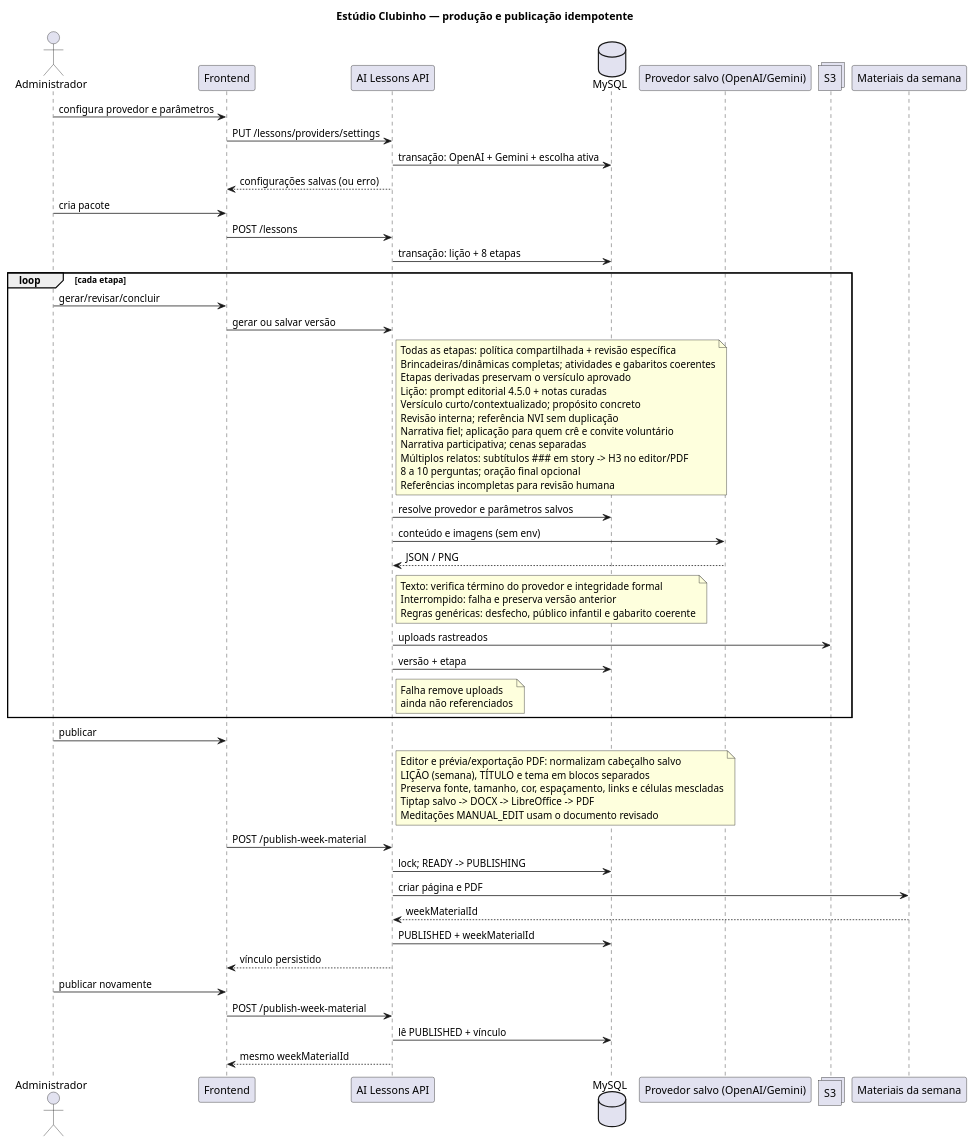
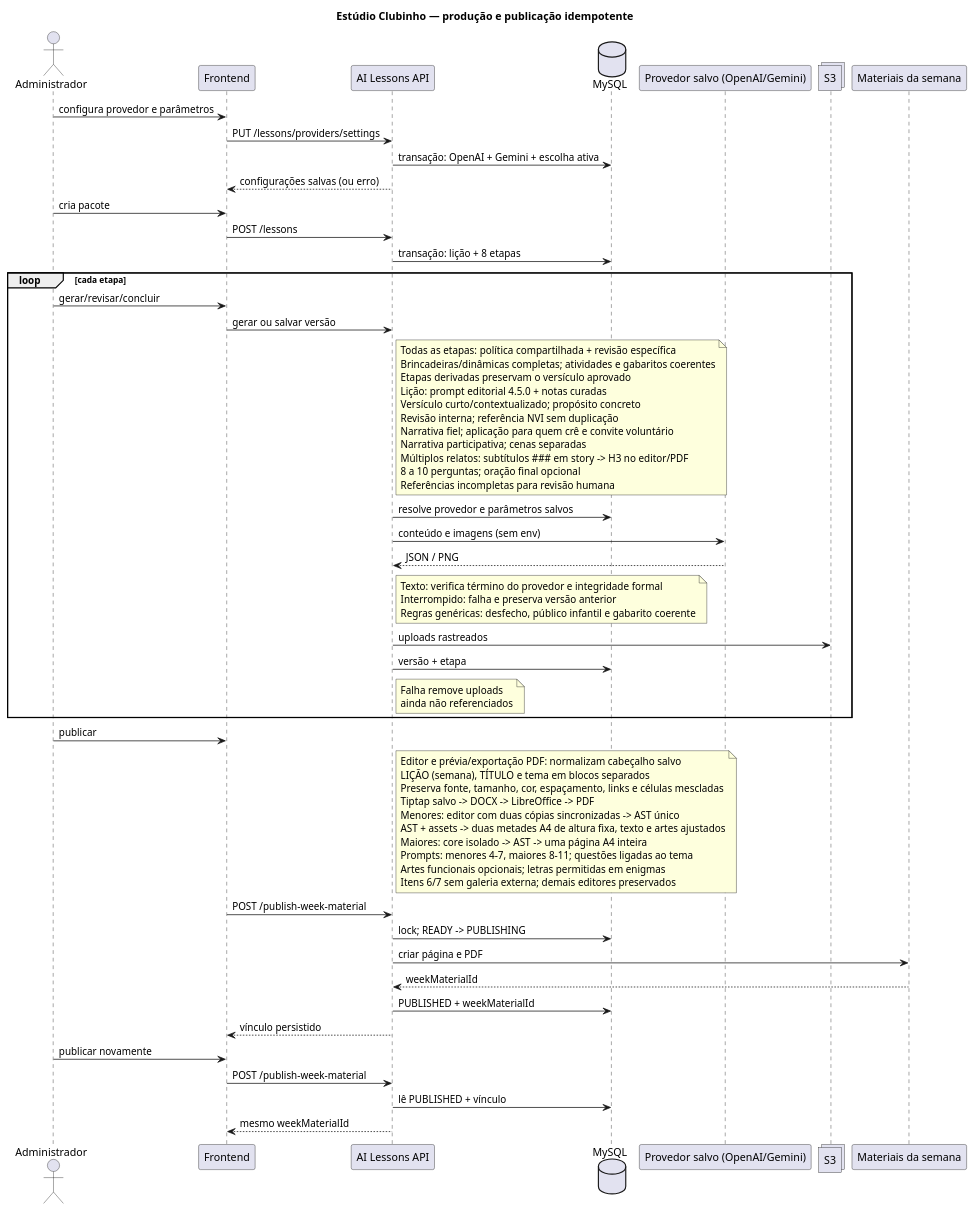
One commit to ministerioclubinhos/clubinhonib-api changed the diagram in docs/diagrams/flow/ai-lessons/ai-lessons-flow.puml. Above: the diagram before and after it, drawn with PlantUML. The commit also changed 32 other files, not shown here.

```diff
--- a/docs/diagrams/flow/ai-lessons/ai-lessons-flow.puml
+++ b/docs/diagrams/flow/ai-lessons/ai-lessons-flow.puml
@@ -1,71 +1,76 @@
 @startuml
 title Estúdio Clubinho — produção e publicação idempotente
 actor Administrador
 participant Frontend
 participant "AI Lessons API" as API
 database MySQL
 participant "Provedor salvo (OpenAI/Gemini)" as OpenAI
 collections S3
 participant "Materiais da semana" as Week
 
 Administrador -> Frontend: configura provedor e parâmetros
 Frontend -> API: PUT /lessons/providers/settings
 API -> MySQL: transação: OpenAI + Gemini + escolha ativa
 API --> Frontend: configurações salvas (ou erro)
 
 Administrador -> Frontend: cria pacote
 Frontend -> API: POST /lessons
 API -> MySQL: transação: lição + 8 etapas
 
 loop cada etapa
   Administrador -> Frontend: gerar/revisar/concluir
   Frontend -> API: gerar ou salvar versão
   note right of API
     Todas as etapas: política compartilhada + revisão específica
     Brincadeiras/dinâmicas completas; atividades e gabaritos coerentes
     Etapas derivadas preservam o versículo aprovado
     Lição: prompt editorial 4.5.0 + notas curadas
     Versículo curto/contextualizado; propósito concreto
     Revisão interna; referência NVI sem duplicação
     Narrativa fiel; aplicação para quem crê e convite voluntário
     Narrativa participativa; cenas separadas
     Múltiplos relatos: subtítulos ### em story -> H3 no editor/PDF
     8 a 10 perguntas; oração final opcional
     Referências incompletas para revisão humana
   end note
   API -> MySQL: resolve provedor e parâmetros salvos
   API -> OpenAI: conteúdo e imagens (sem env)
   OpenAI --> API: JSON / PNG
   note right of API
     Texto: verifica término do provedor e integridade formal
     Interrompido: falha e preserva versão anterior
     Regras genéricas: desfecho, público infantil e gabarito coerente
   end note
   API -> S3: uploads rastreados
   API -> MySQL: versão + etapa
   note right of API
     Falha remove uploads
     ainda não referenciados
   end note
 end
 
 Administrador -> Frontend: publicar
 note right of API
   Editor e prévia/exportação PDF: normalizam cabeçalho salvo
   LIÇÃO (semana), TÍTULO e tema em blocos separados
   Preserva fonte, tamanho, cor, espaçamento, links e células mescladas
   Tiptap salvo -> DOCX -> LibreOffice -> PDF
-  Meditações MANUAL_EDIT usam o documento revisado
+  Menores: editor com duas cópias sincronizadas -> AST único
+  AST + assets -> duas metades A4 de altura fixa, texto e artes ajustados
+  Maiores: core isolado -> AST -> uma página A4 inteira
+  Prompts: menores 4-7, maiores 8-11; questões ligadas ao tema
+  Artes funcionais opcionais; letras permitidas em enigmas
+  Itens 6/7 sem galeria externa; demais editores preservados
 end note
 Frontend -> API: POST /publish-week-material
 API -> MySQL: lock; READY -> PUBLISHING
 API -> Week: criar página e PDF
 Week --> API: weekMaterialId
 API -> MySQL: PUBLISHED + weekMaterialId
 API --> Frontend: vínculo persistido
 
 Administrador -> Frontend: publicar novamente
 Frontend -> API: POST /publish-week-material
 API -> MySQL: lê PUBLISHED + vínculo
 API --> Frontend: mesmo weekMaterialId
 @enduml
```
